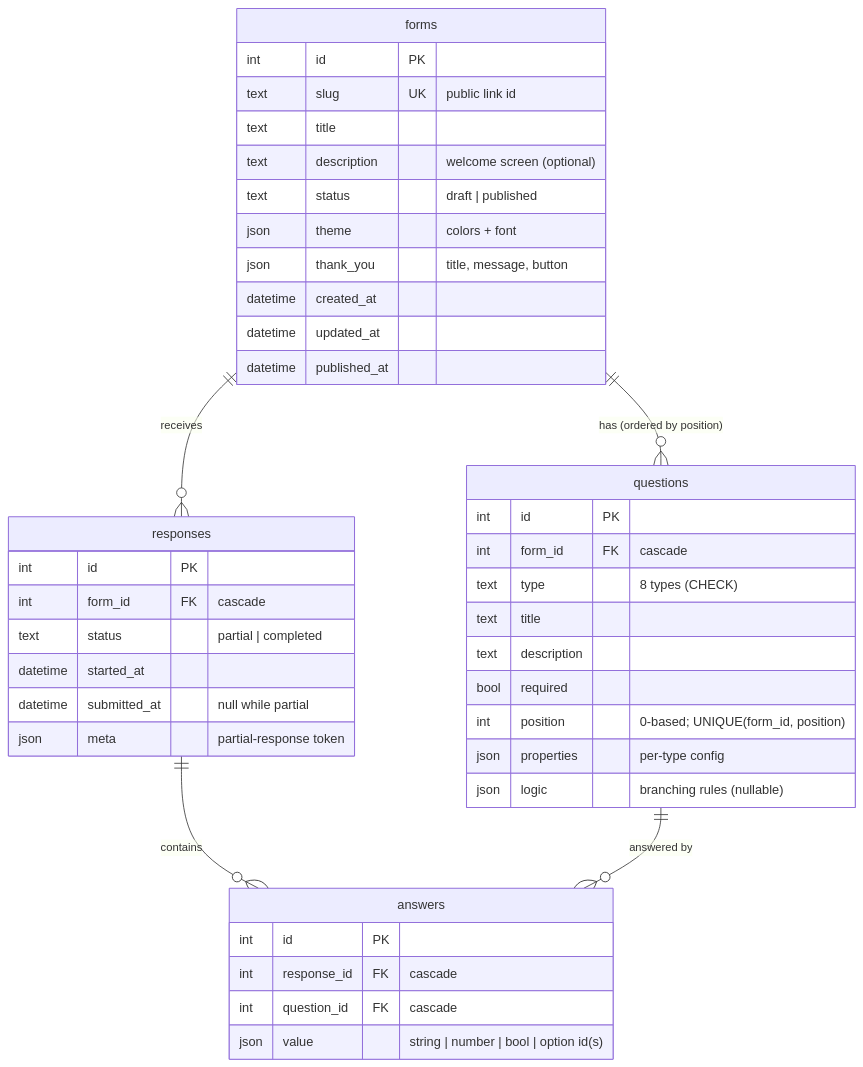
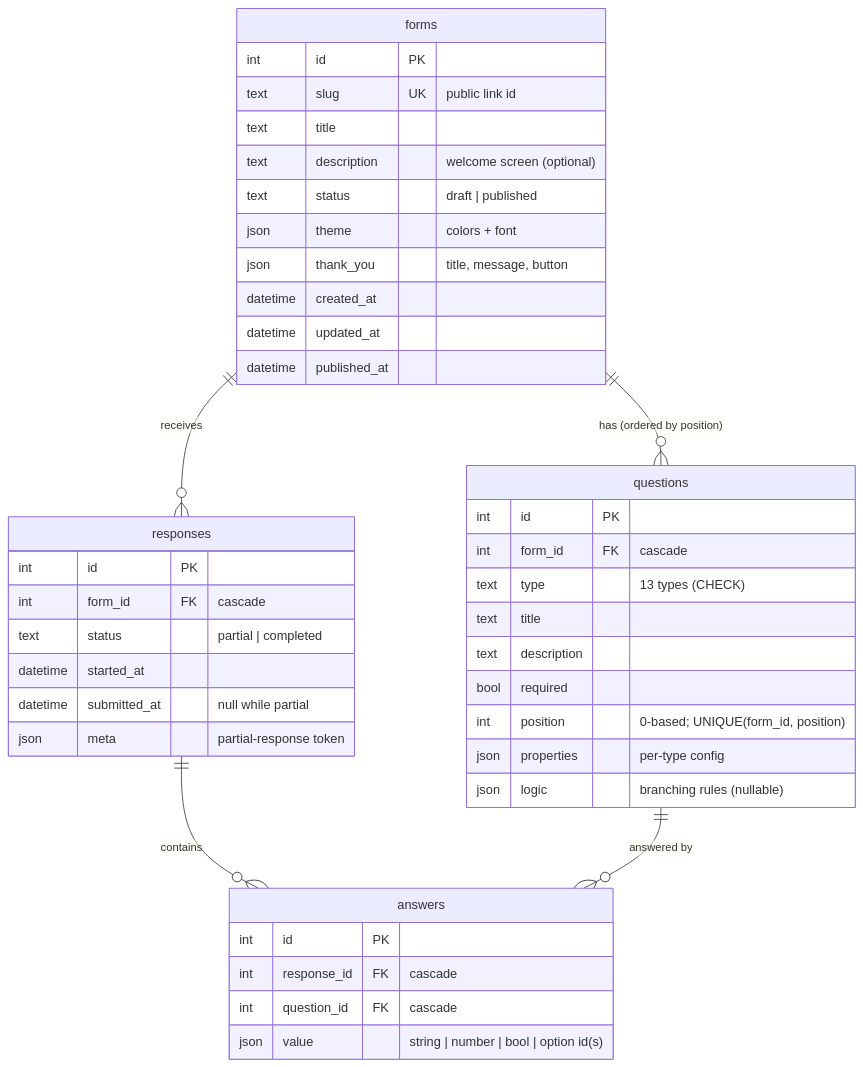
Before and after one commit to ManpreettSingh/typeform: the diagram in README.md, drawn with Mermaid. The commit also changed other lines of this file and 78 other files, not shown here.

````diff
--- a/README.md
+++ b/README.md
@@ -166,45 +166,45 @@
 ```mermaid
 erDiagram
     forms ||--o{ questions : "has (ordered by position)"
     forms ||--o{ responses : receives
     responses ||--o{ answers : contains
     questions ||--o{ answers : "answered by"
 
     forms {
         int id PK
         text slug UK "public link id"
         text title
         text description "welcome screen (optional)"
         text status "draft | published"
         json theme "colors + font"
         json thank_you "title, message, button"
         datetime created_at
         datetime updated_at
         datetime published_at
     }
     questions {
         int id PK
         int form_id FK "cascade"
-        text type "8 types (CHECK)"
+        text type "13 types (CHECK)"
         text title
         text description
         bool required
         int position "0-based; UNIQUE(form_id, position)"
         json properties "per-type config"
         json logic "branching rules (nullable)"
     }
     responses {
         int id PK
         int form_id FK "cascade"
         text status "partial | completed"
         datetime started_at
         datetime submitted_at "null while partial"
         json meta "partial-response token"
     }
     answers {
         int id PK
         int response_id FK "cascade"
         int question_id FK "cascade"
         json value "string | number | bool | option id(s)"
     }
 ```
````
